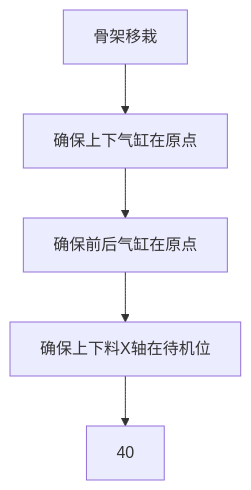
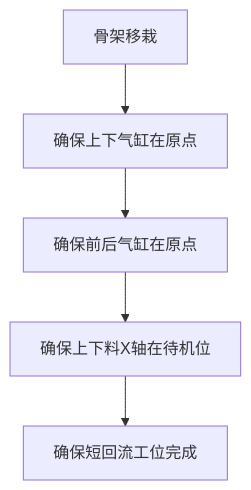
One commit to zmq000/iodraw-files changed the diagram in all/VR-OP90骨架移栽.md. Above: the diagram before and after it, drawn with Mermaid.

Commit message:
2026-06-18 10:40:20 update

````diff
--- a/all/VR-OP90骨架移栽.md
+++ b/all/VR-OP90骨架移栽.md
@@ -1,10 +1,10 @@
 ```mermaid
 graph TD
    0[骨架移栽]-->10
    10[确保上下气缸在原点]-->20
    20[确保前后气缸在原点]-->30
    30[确保上下料X轴在待机位]-->40
-   
+   40[确保短回流工位完成]
 
   
 ```
````
